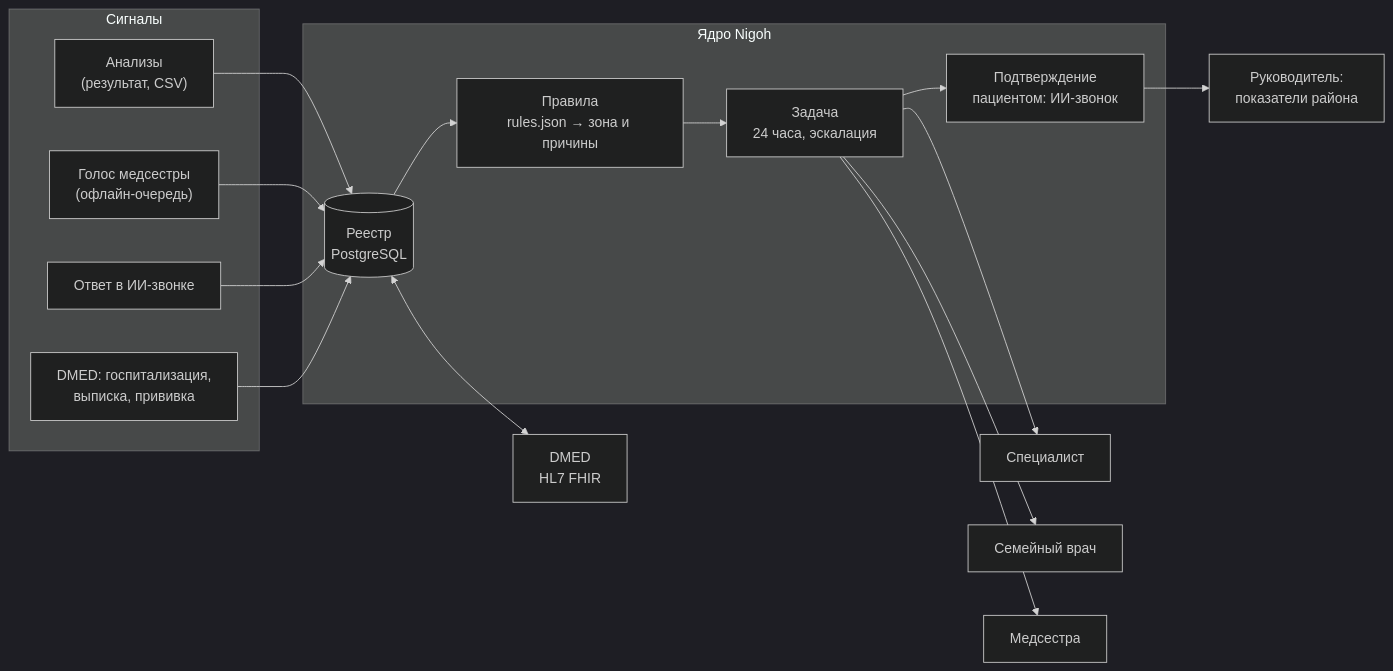
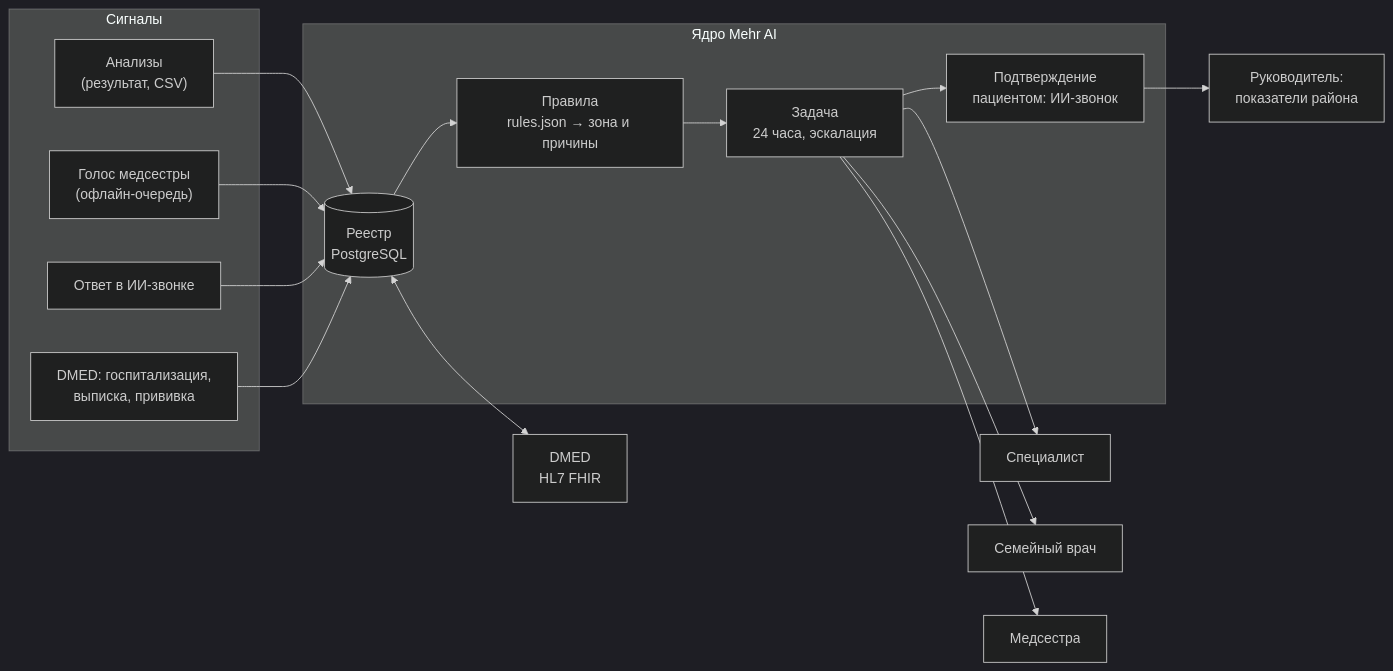
The diagram in README.md (emilkadelaetsuuur/mehr-ai), drawn with Mermaid (dark theme) before and after one commit. The commit also changed other lines of this file and 18 other files, not shown here.

````diff
--- a/README.md
+++ b/README.md
@@ -73,18 +80,18 @@
 ```mermaid
 flowchart LR
   subgraph IN["Сигналы"]
     L["Анализы<br/>(результат, CSV)"]
     V["Голос медсестры<br/>(офлайн-очередь)"]
     C["Ответ в ИИ-звонке"]
     D["DMED: госпитализация,<br/>выписка, прививка"]
   end
-  subgraph CORE["Ядро Nigoh"]
+  subgraph CORE["Ядро Mehr AI"]
     R[("Реестр<br/>PostgreSQL")] --> Z["Правила<br/>rules.json → зона и причины"]
     Z --> T["Задача<br/>24 часа, эскалация"]
     T --> K["Подтверждение<br/>пациентом: ИИ-звонок"]
   end
   L & V & C & D --> R
   T --> M["Специалист"] & F["Семейный врач"] & N["Медсестра"]
   K --> B["Руководитель:<br/>показатели района"]
   R <--> X["DMED<br/>HL7 FHIR"]
 ```
````
